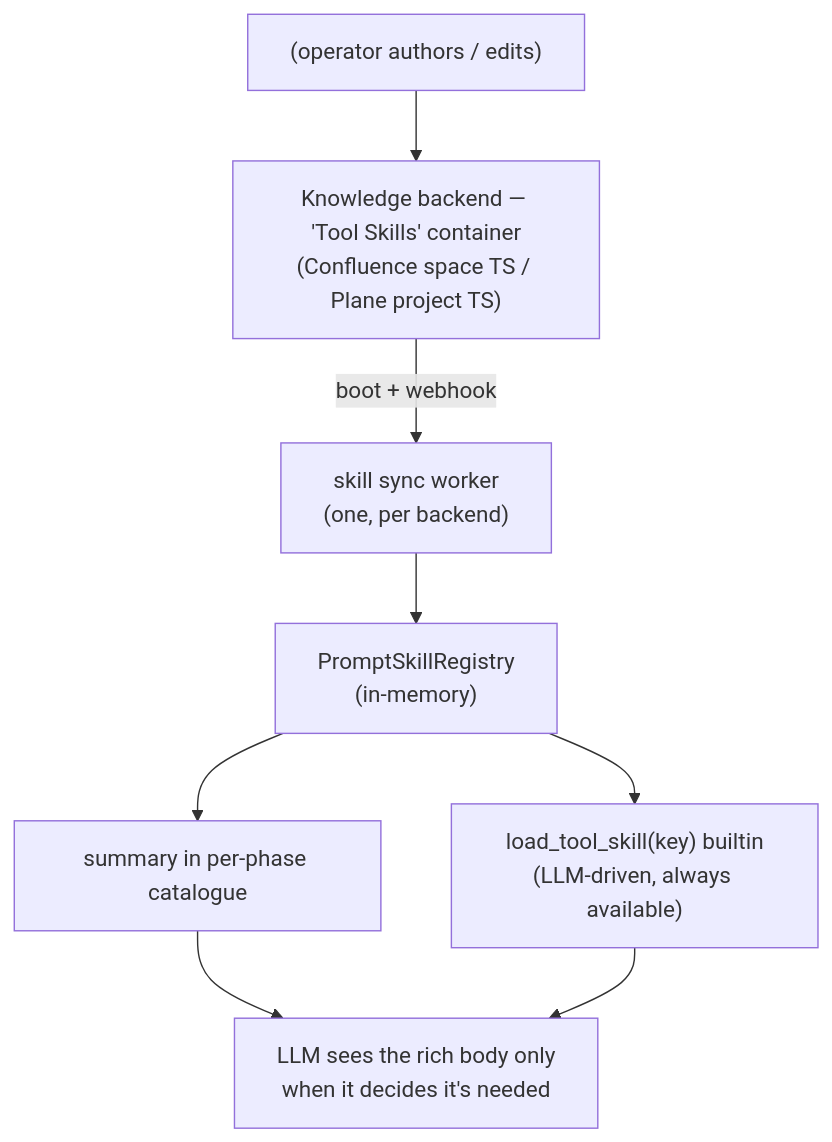
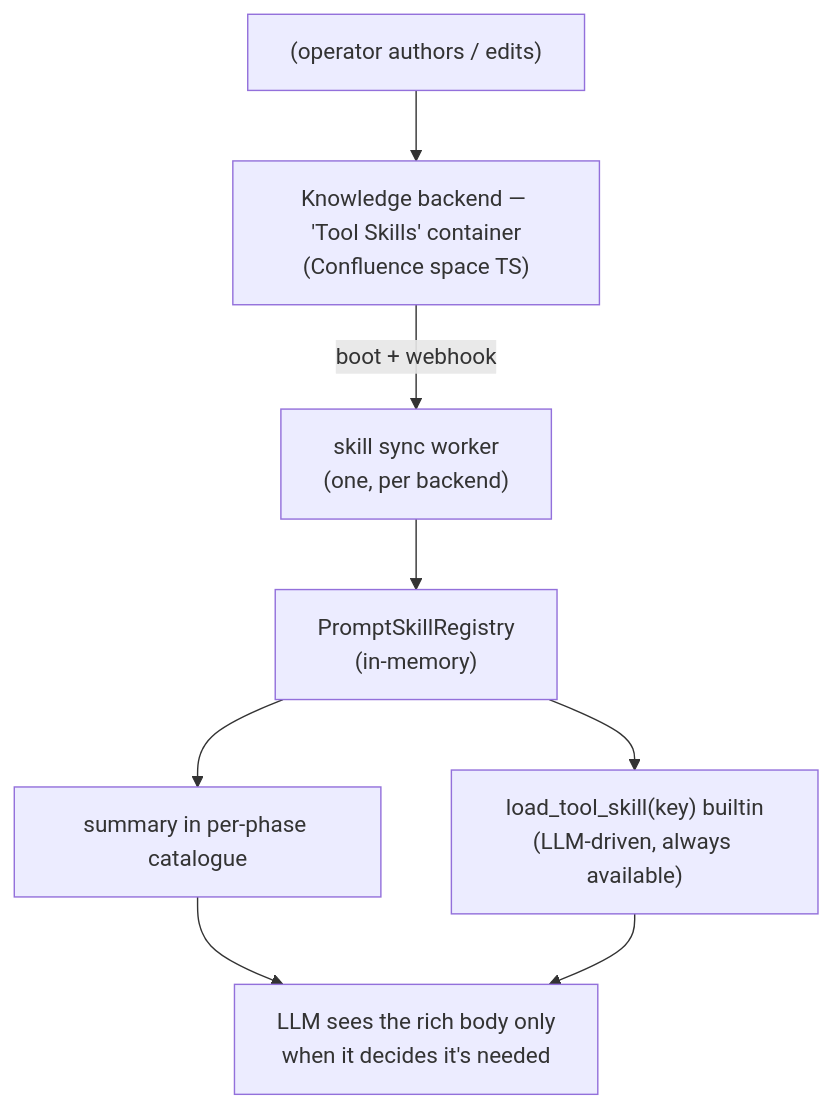
The diagram in docs/concepts/tool-skills.md (crewlet/crewlet), drawn with Mermaid before and after one commit. The commit also changed other lines of this file and 36 other files, not shown here.

````diff
--- a/docs/concepts/tool-skills.md
+++ b/docs/concepts/tool-skills.md
@@ -26,15 +26,15 @@
 ```mermaid
 flowchart TD
     OP["(operator authors / edits)"]
-    KB["Knowledge backend — 'Tool Skills' container<br/>(Confluence space TS / Plane project TS)"]
+    KB["Knowledge backend — 'Tool Skills' container<br/>(Confluence space TS)"]
     SYNC["skill sync worker<br/>(one, per backend)"]
     REG["PromptSkillRegistry<br/>(in-memory)"]
     CAT["summary in per-phase catalogue"]
     LOAD["load_tool_skill(key) builtin<br/>(LLM-driven, always available)"]
     BODY["LLM sees the rich body only<br/>when it decides it's needed"]
     OP --> KB
     KB -->|"boot + webhook"| SYNC
     SYNC --> REG
     REG --> CAT --> BODY
     REG --> LOAD --> BODY
 ```
````
